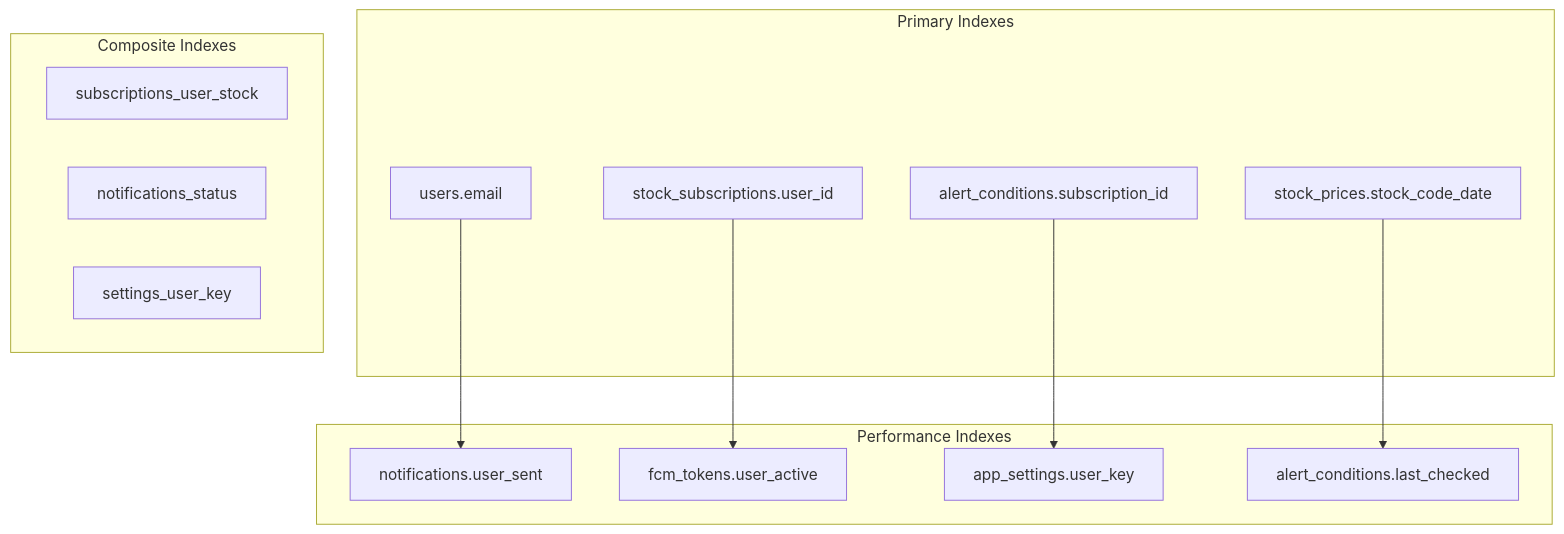
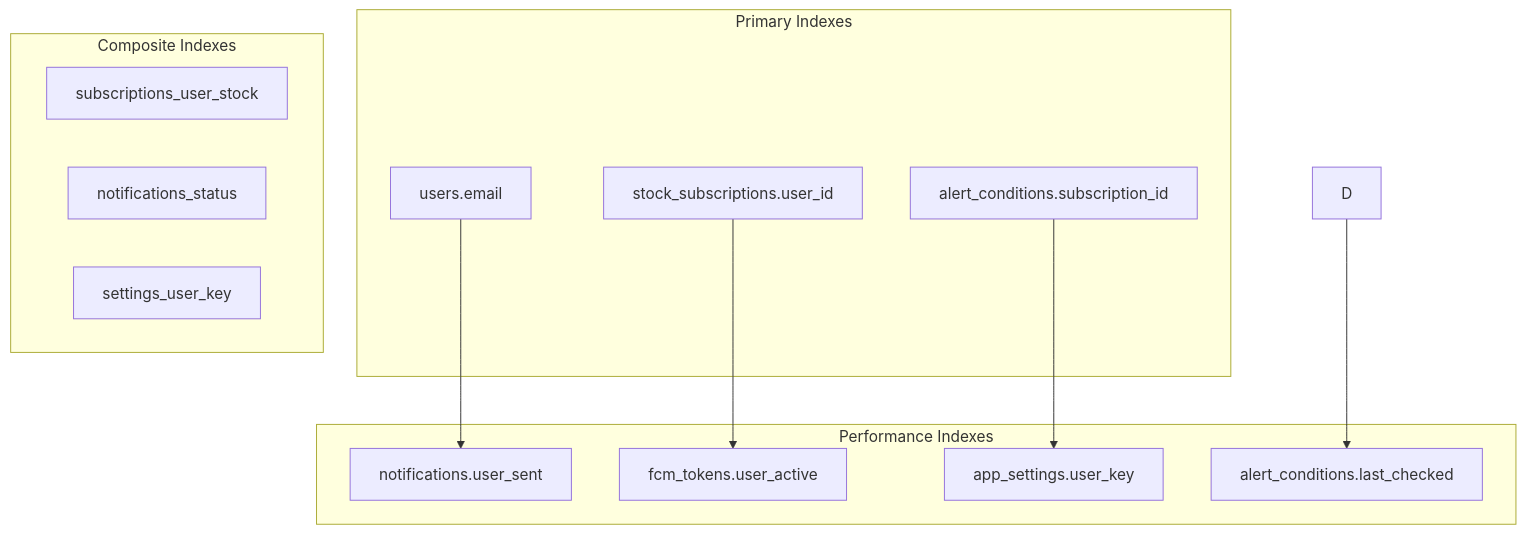
Before and after one commit to wnltns/stock-alert: the seventh of 9 diagrams in docs/database-diagrams.md, drawn with Mermaid. The commit also changed other lines of this file and 18 other files, not shown here.

````diff
--- a/docs/database-diagrams.md
+++ b/docs/database-diagrams.md
@@ -306,27 +284,26 @@
 ```mermaid
 graph TD
     subgraph "Primary Indexes"
         A[users.email]
         B[stock_subscriptions.user_id]
         C[alert_conditions.subscription_id]
-        D[stock_prices.stock_code_date]
     end
     
     subgraph "Performance Indexes"
         E[notifications.user_sent]
         F[fcm_tokens.user_active]
         G[app_settings.user_key]
         H[alert_conditions.last_checked]
     end
     
     subgraph "Composite Indexes"
         I[subscriptions_user_stock]
         J[notifications_status]
         K[settings_user_key]
     end
     
     A --> E
     B --> F
     C --> G
     D --> H
 ```
````
